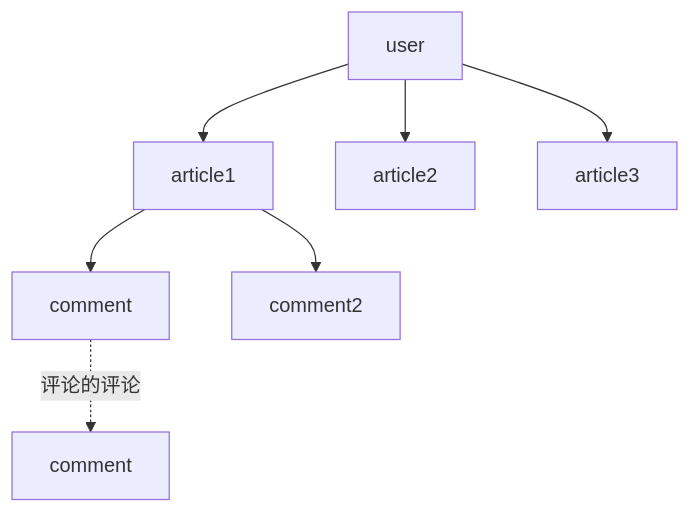
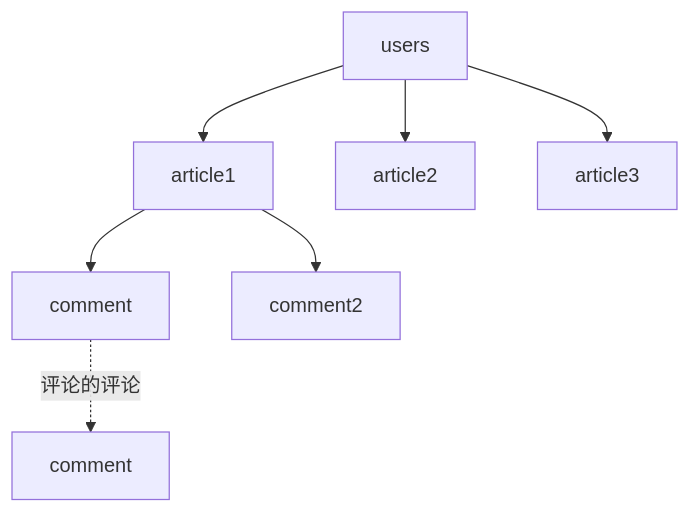
The diagram in README.md (llc141525/MyBlog), drawn with Mermaid before and after one commit. The commit also changed other lines of this file and 15 other files, not shown here.

````diff
--- a/README.md
+++ b/README.md
@@ -119,9 +109,9 @@
 ```mermaid
 graph TD
-a[user] --> b[article1]
+a[users] --> b[article1]
 a --> c[article2]
 a --> d[article3]
 b --> e[comment]
 b --> f[comment2]
 e -.->|评论的评论| g[comment]
 ```
````
